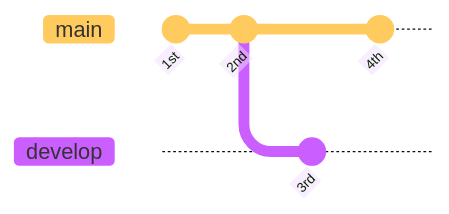
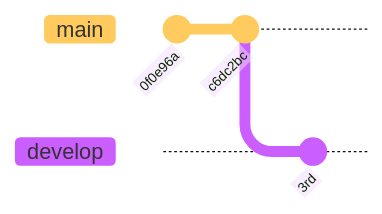
One commit to umr-marbec/git-training changed diagram 12 of 16 in slides-git-quarto/slides-training.qmd. Above: the diagram before and after it, drawn with Mermaid. The commit also changed other lines of this file and 2 other files, not shown here.

````diff
--- a/slides-git-quarto/slides-training.qmd
+++ b/slides-git-quarto/slides-training.qmd
@@ -266,13 +360,10 @@
 ```{mermaid}
 %%| fig-width: 10
 %%| fig-height: 2
 %%{init: { 'logLevel': 'debug', 'theme': 'base', 'gitGraph': {'rotateCommitLabel': true}}}%%
 gitGraph
-    commit id: "1st"
-    commit id: "2nd"
+    commit id: "0f0e96a"
+    commit id: "c6dc2bc"
     branch develop
-    checkout develop
     commit id: "3rd"
-    checkout main
-    commit id: "4th"
 ```
````
